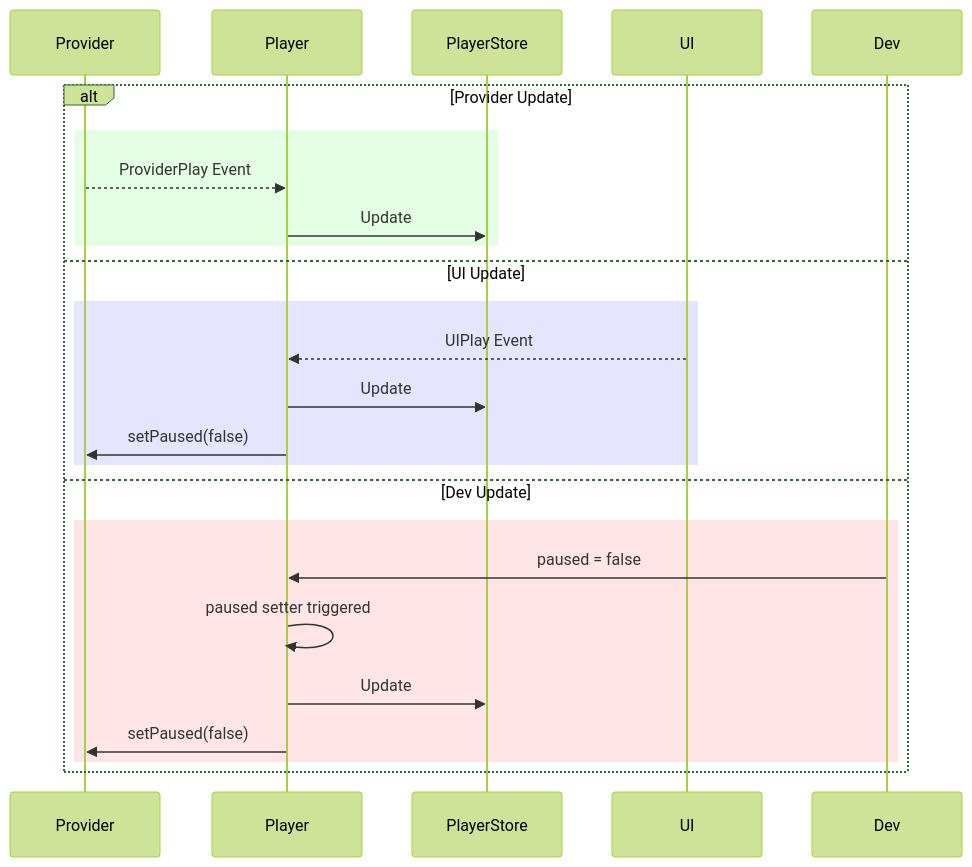
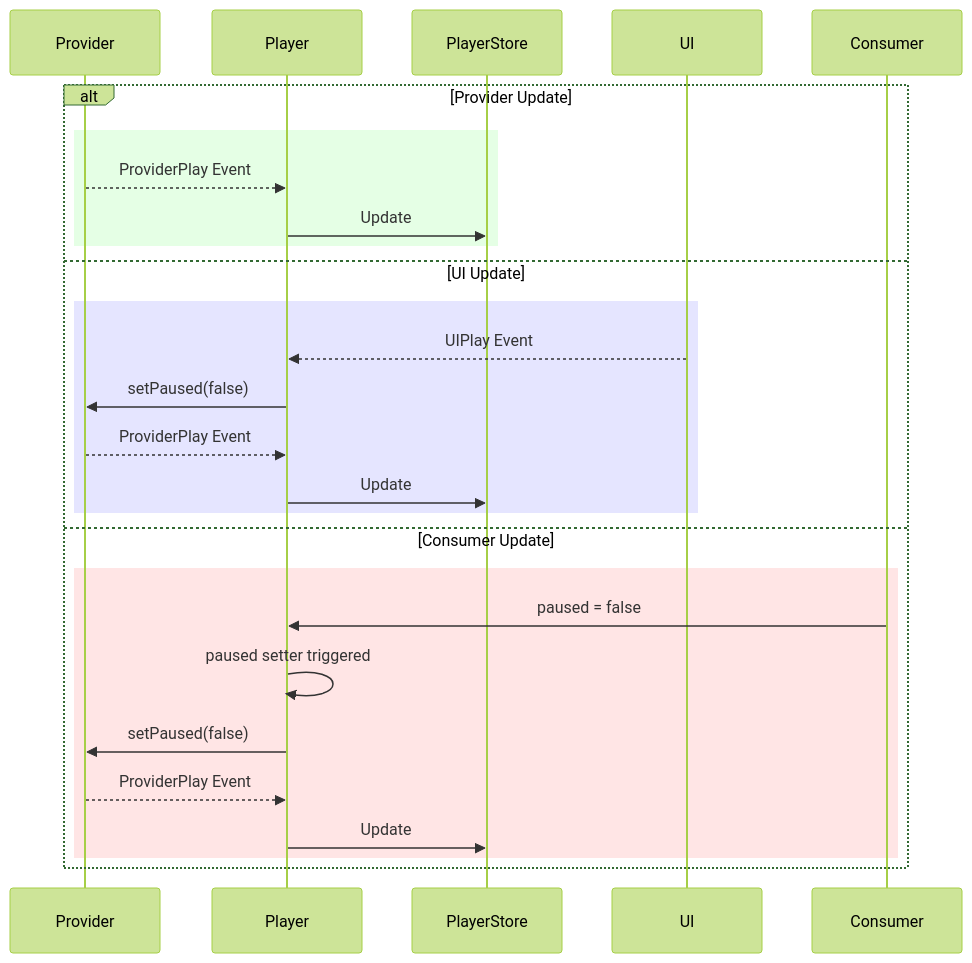
Before and after one commit to vime-js/vime: the diagram in plan/designs/player-update-flow.mmd, drawn with Mermaid (forest theme). The commit also changed 1 other file, not shown here.

Commit message:
chore: store should only be updated by provider to be accurate source of truth

```diff
--- a/plan/designs/player-update-flow.mmd
+++ b/plan/designs/player-update-flow.mmd
@@ -1,20 +1,22 @@
 sequenceDiagram
     alt Provider Update
         rect rgb(0, 255, 0, .1)
         Provider -->> Player: ProviderPlay Event
         Player ->> PlayerStore: Update
         end
     else UI Update
         rect rgba(0, 0, 255, .1)
         UI -->> Player: UIPlay Event
+        Player ->> Provider: setPaused(false)
+        Provider -->> Player: ProviderPlay Event
         Player ->> PlayerStore: Update
+        end
+    else Consumer Update
+        rect rgba(255, 0, 0, .1)
+        Consumer ->> Player: paused = false
+        Player ->> Player: paused setter triggered
         Player ->> Provider: setPaused(false)
-        end
-    else Dev Update
-        rect rgba(255, 0, 0, .1)
-        Dev ->> Player: paused = false
-        Player ->> Player: paused setter triggered
+        Provider -->> Player: ProviderPlay Event
         Player ->> PlayerStore: Update
-        Player ->> Provider: setPaused(false)
         end
     end
```
